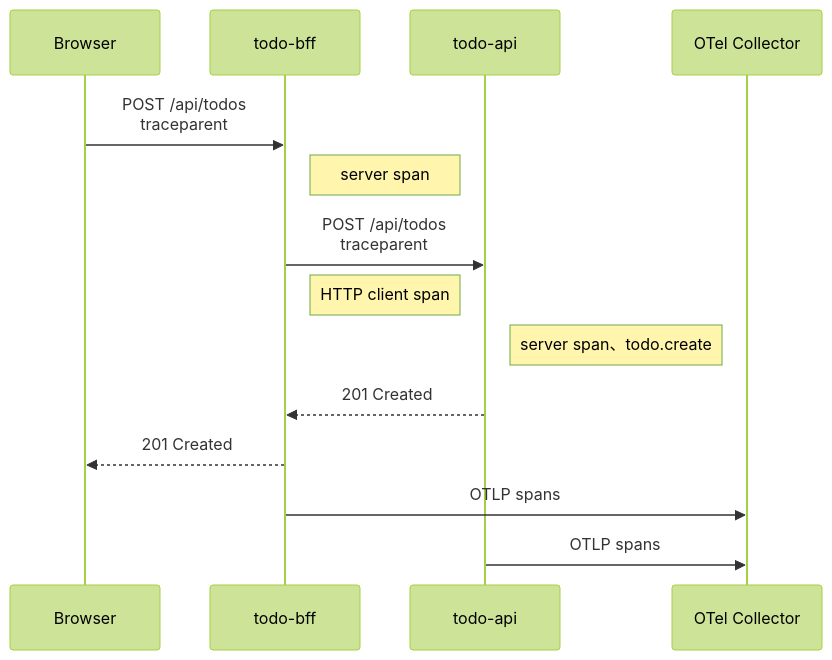
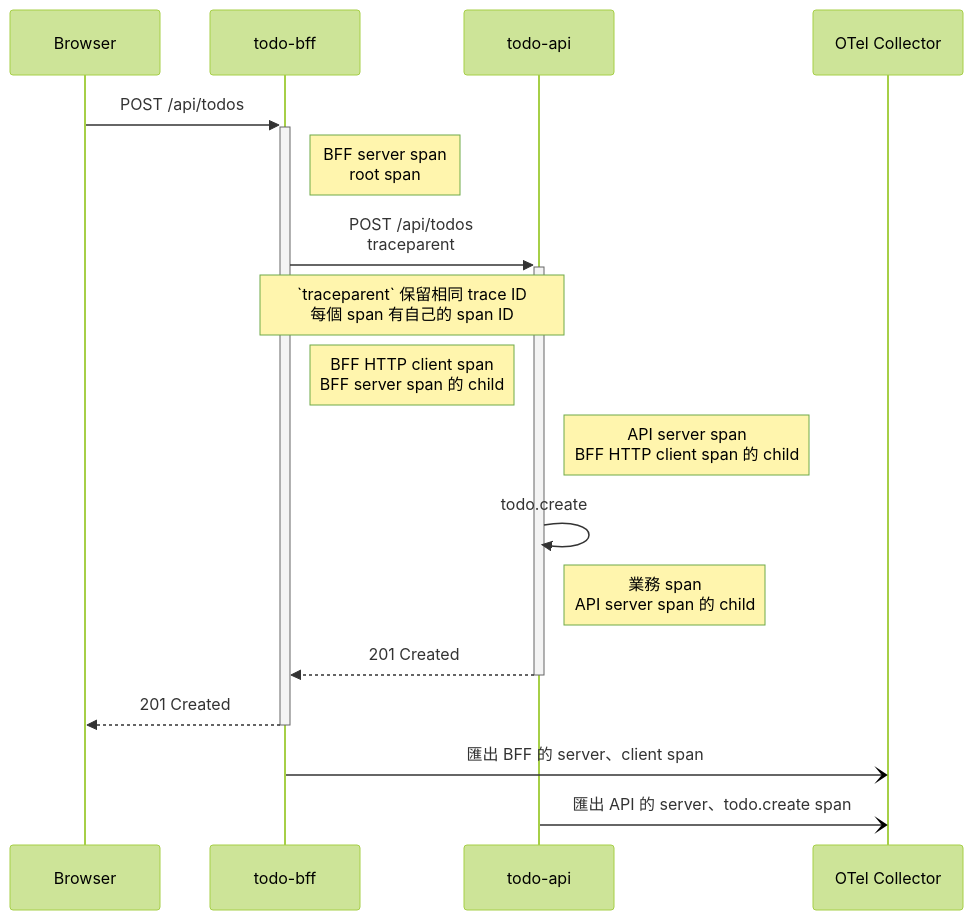
The diagram in doc/zh-tw/D12.md (yrw9281/IT30.Platform.Engineering), drawn with Mermaid (forest theme) before and after one commit. The commit also changed other lines of this file, not shown here.

````diff
--- a/doc/zh-tw/D12.md
+++ b/doc/zh-tw/D12.md
@@ -9,17 +11,20 @@
 ```mermaid
 sequenceDiagram
     participant Browser
     participant BFF as todo-bff
     participant API as todo-api
     participant Collector as OTel Collector
 
-    Browser->>BFF: POST /api/todos<br/>traceparent
-    Note right of BFF: server span
-    BFF->>API: POST /api/todos<br/>traceparent
-    Note right of BFF: HTTP client span
-    Note right of API: server span、todo.create
-    API-->>BFF: 201 Created
-    BFF-->>Browser: 201 Created
-    BFF->>Collector: OTLP spans
-    API->>Collector: OTLP spans
+    Browser->>+BFF: POST /api/todos
+    Note right of BFF: BFF server span<br/>root span
+    BFF->>+API: POST /api/todos<br/>traceparent
+    Note over BFF,API: `traceparent` 保留相同 trace ID<br/>每個 span 有自己的 span ID
+    Note right of BFF: BFF HTTP client span<br/>BFF server span 的 child
+    Note right of API: API server span<br/>BFF HTTP client span 的 child
+    API->>API: todo.create
+    Note right of API: 業務 span<br/>API server span 的 child
+    API-->>-BFF: 201 Created
+    BFF-->>-Browser: 201 Created
+    BFF-)Collector: 匯出 BFF 的 server、client span
+    API-)Collector: 匯出 API 的 server、todo.create span
 ```
````
